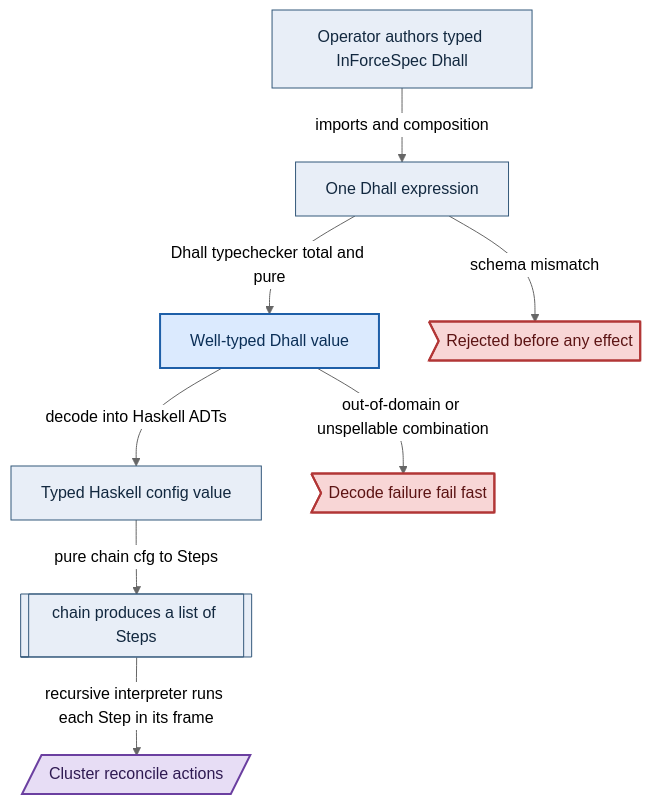
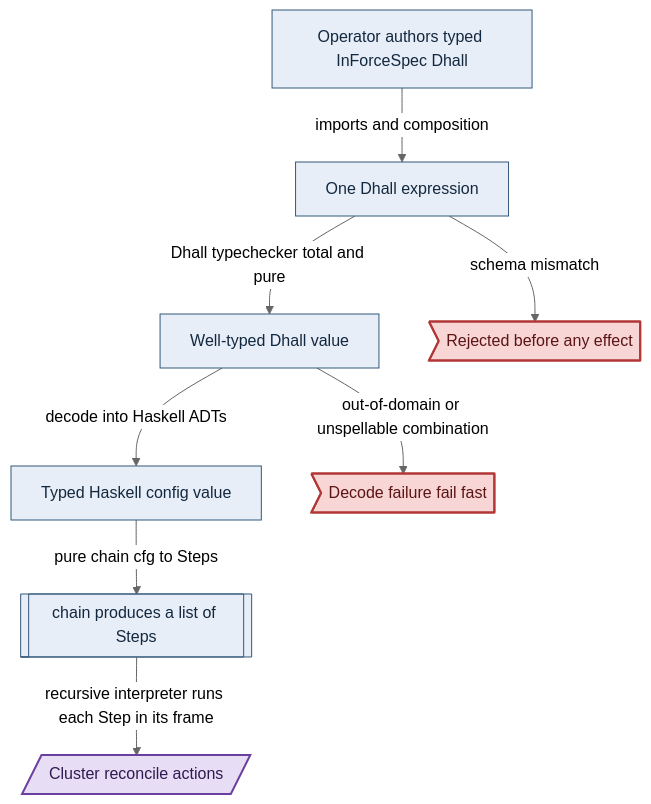
Before and after one commit to Tuee22/amoebius: the first of 4 diagrams in documents/engineering/dsl_doctrine.md, drawn with Mermaid (neutral theme). The commit also changed other lines of this file and 191 other files, not shown here.

````diff
--- a/documents/engineering/dsl_doctrine.md
+++ b/documents/engineering/dsl_doctrine.md
@@ -129,15 +128,14 @@
 ```mermaid
 flowchart TD
 %% register: algebra
   author["Operator authors typed InForceSpec Dhall"]:::intent -->|imports and composition| expr["One Dhall expression"]:::intent
-  expr -->|Dhall typechecker total and pure| typed["Well-typed Dhall value"]:::provenPB
+  expr -->|Dhall typechecker total and pure| typed["Well-typed Dhall value"]:::intent
   expr -->|schema mismatch| reject1>"Rejected before any effect"]:::refuse
   typed -->|decode into Haskell ADTs| decoded["Typed Haskell config value"]:::intent
   typed -->|out-of-domain or unspellable combination| reject2>"Decode failure fail fast"]:::refuse
   decoded -->|pure chain cfg to Steps| chain[["chain produces a list of Steps"]]:::intent
   chain -->|recursive interpreter runs each Step in its frame| effects[/"Cluster reconcile actions"/]:::effect
   classDef intent   fill:#e8eef7,stroke:#33587a,color:#12283f,stroke-width:1px
-  classDef provenPB fill:#dbeafe,stroke:#1e5fa8,color:#0b2f57,stroke-width:2px
   classDef effect   fill:#e7ddf5,stroke:#6b3fa0,color:#2f1a52,stroke-width:2px
   classDef refuse   fill:#f8d6d6,stroke:#b23636,color:#5c1414,stroke-width:2px
 ```
````
